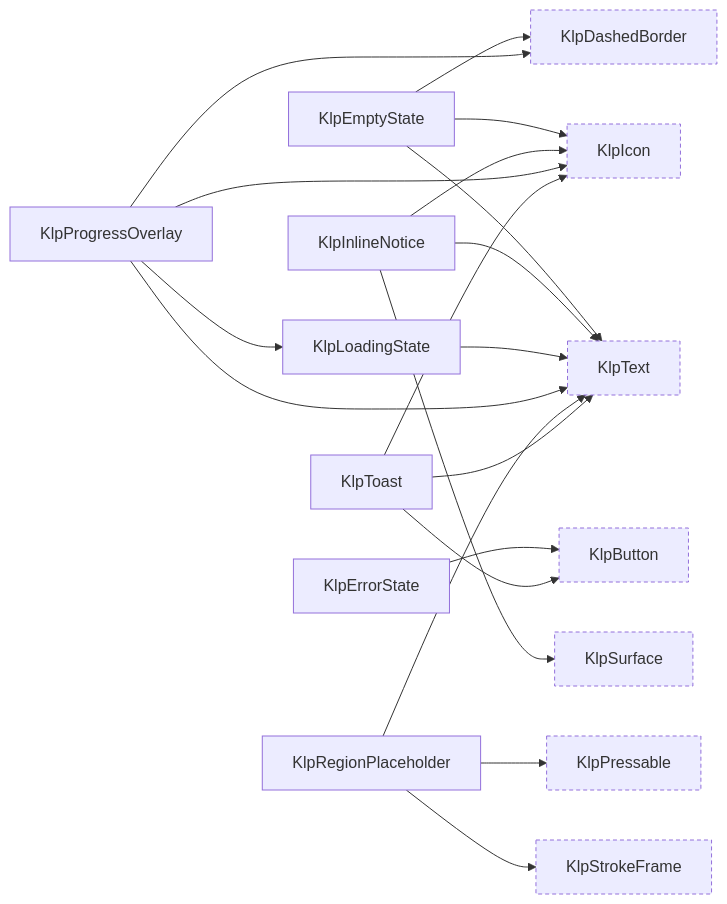
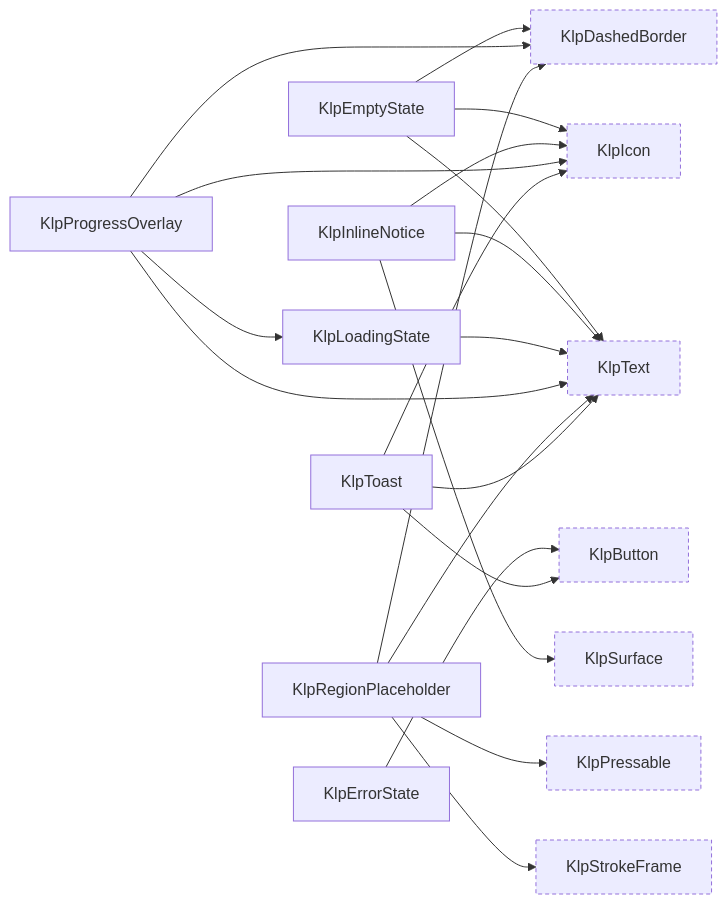
One commit to MiuDog/Kallopis changed diagram 12 of 16 in spec/component-inventory.md. Above: the diagram before and after it, drawn with Mermaid. The commit also changed other lines of this file and 17 other files, not shown here.

````diff
--- a/spec/component-inventory.md
+++ b/spec/component-inventory.md
@@ -669,36 +737,37 @@
 ```mermaid
 graph LR
   KlpButton["KlpButton"]:::external
   KlpDashedBorder["KlpDashedBorder"]:::external
   KlpEmptyState["KlpEmptyState"]
   KlpErrorState["KlpErrorState"]
   KlpIcon["KlpIcon"]:::external
   KlpInlineNotice["KlpInlineNotice"]
   KlpLoadingState["KlpLoadingState"]
   KlpPressable["KlpPressable"]:::external
   KlpProgressOverlay["KlpProgressOverlay"]
   KlpRegionPlaceholder["KlpRegionPlaceholder"]
   KlpStrokeFrame["KlpStrokeFrame"]:::external
   KlpSurface["KlpSurface"]:::external
   KlpText["KlpText"]:::external
   KlpToast["KlpToast"]
   KlpEmptyState --> KlpDashedBorder
   KlpEmptyState --> KlpIcon
   KlpEmptyState --> KlpText
   KlpErrorState --> KlpButton
   KlpInlineNotice --> KlpIcon
   KlpInlineNotice --> KlpSurface
   KlpInlineNotice --> KlpText
   KlpLoadingState --> KlpText
   KlpProgressOverlay --> KlpDashedBorder
   KlpProgressOverlay --> KlpIcon
   KlpProgressOverlay --> KlpLoadingState
   KlpProgressOverlay --> KlpText
+  KlpRegionPlaceholder --> KlpDashedBorder
   KlpRegionPlaceholder --> KlpPressable
   KlpRegionPlaceholder --> KlpStrokeFrame
   KlpRegionPlaceholder --> KlpText
   KlpToast --> KlpButton
   KlpToast --> KlpIcon
   KlpToast --> KlpText
   classDef external stroke-dasharray: 4 3;
 ```
````
